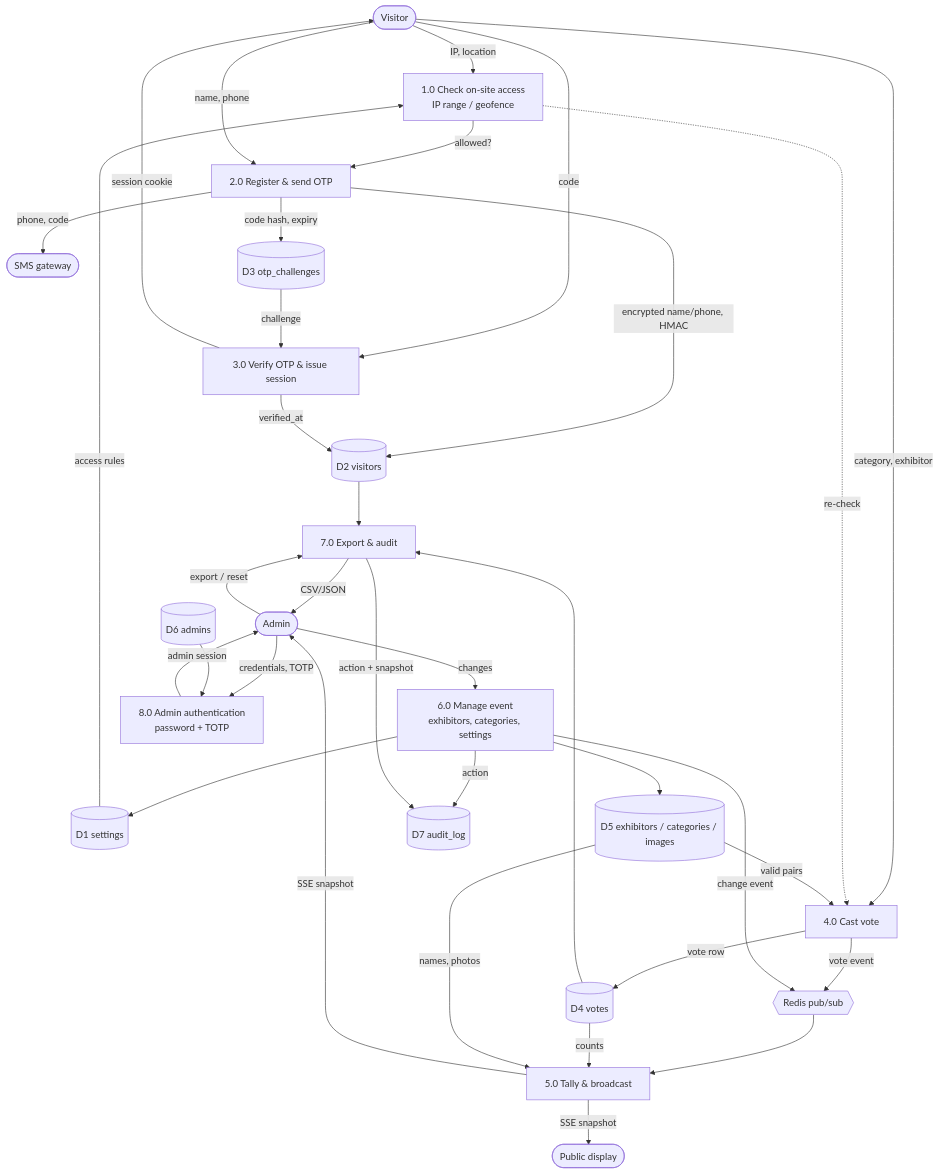
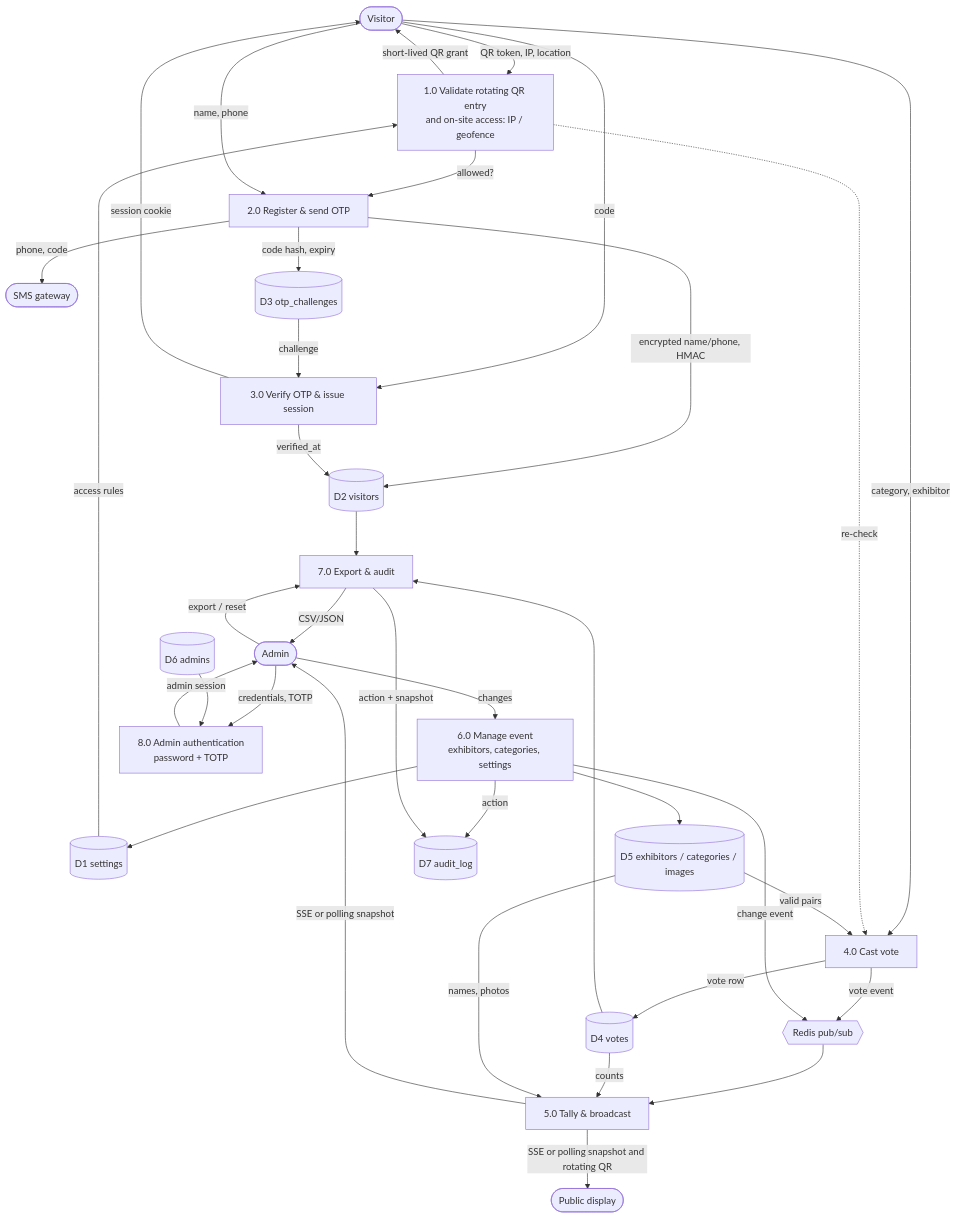
One commit to Malaktareq/voting_platform_MC changed the second of 2 diagrams in docs/DFD.md. Above: the diagram before and after it, drawn with Mermaid. The commit also changed other lines of this file and 7 other files, not shown here.

````diff
--- a/docs/DFD.md
+++ b/docs/DFD.md
@@ -19,58 +19,59 @@
 ```mermaid
 flowchart TB
   V([Visitor])
   ADM([Admin])
   TV([Public display])
   GW([SMS gateway])
 
-  P1[1.0 Check on-site access<br/>IP range / geofence]
+  P1[1.0 Validate rotating QR entry<br/>and on-site access: IP / geofence]
   P2[2.0 Register & send OTP]
   P3[3.0 Verify OTP & issue session]
   P4[4.0 Cast vote]
   P5[5.0 Tally & broadcast]
   P6[6.0 Manage event<br/>exhibitors, categories, settings]
   P7[7.0 Export & audit]
   P8[8.0 Admin authentication<br/>password + TOTP]
 
   D1[(D1 settings)]
   D2[(D2 visitors)]
   D3[(D3 otp_challenges)]
   D4[(D4 votes)]
   D5[(D5 exhibitors / categories / images)]
   D6[(D6 admins)]
   D7[(D7 audit_log)]
   BUS{{Redis pub/sub}}
 
-  V -- IP, location --> P1
+  V -- QR token, IP, location --> P1
+  P1 -- short-lived QR grant --> V
   D1 -- access rules --> P1
   P1 -- allowed? --> P2
   V -- name, phone --> P2
   P2 -- encrypted name/phone, HMAC --> D2
   P2 -- code hash, expiry --> D3
   P2 -- phone, code --> GW
   V -- code --> P3
   D3 -- challenge --> P3
   P3 -- verified_at --> D2
   P3 -- session cookie --> V
   V -- category, exhibitor --> P4
   P1 -. re-check .-> P4
   D5 -- valid pairs --> P4
   P4 -- vote row --> D4
   P4 -- vote event --> BUS
   BUS --> P5
   D4 -- counts --> P5
   D5 -- names, photos --> P5
-  P5 -- SSE snapshot --> TV
-  P5 -- SSE snapshot --> ADM
+  P5 -- SSE or polling snapshot and rotating QR --> TV
+  P5 -- SSE or polling snapshot --> ADM
   ADM -- credentials, TOTP --> P8
   D6 --> P8
   P8 -- admin session --> ADM
   ADM -- changes --> P6
   P6 --> D1 & D5
   P6 -- change event --> BUS
   P6 -- action --> D7
   ADM -- export / reset --> P7
   D4 & D2 --> P7
   P7 -- CSV/JSON --> ADM
   P7 -- action + snapshot --> D7
 ```
````
